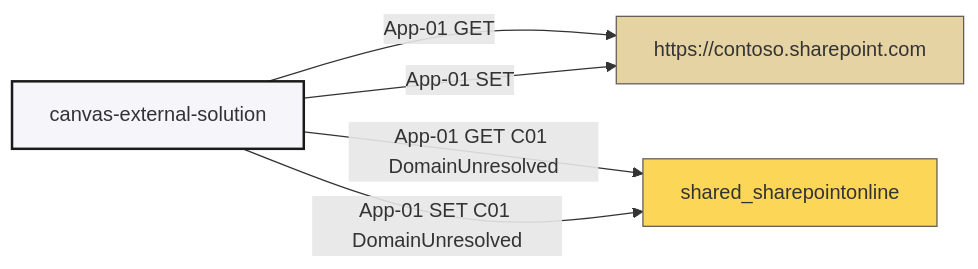
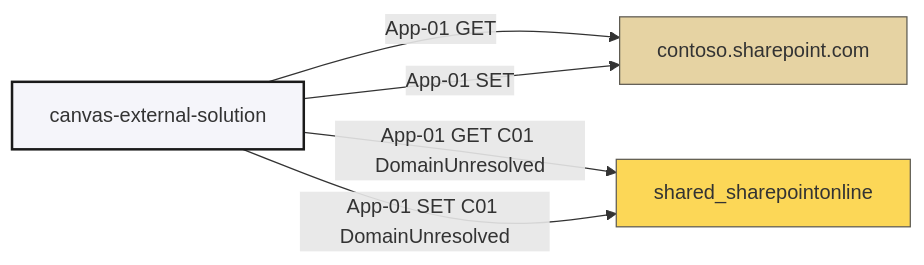
The diagram in tests/fixtures/expected/ExternalInteraction.CanvasExternal.expected.mermaid.md (autosysops/PowerShell_PowerPlatformChecker), drawn with Mermaid before and after one commit. The commit also changed 14 other files, not shown here.

Commit message:
make sure blocks in external dependacy diagram with links don't block devops renderere

```diff
--- a/tests/fixtures/expected/ExternalInteraction.CanvasExternal.expected.mermaid.md
+++ b/tests/fixtures/expected/ExternalInteraction.CanvasExternal.expected.mermaid.md
@@ -1,20 +1,20 @@
 :::mermaid
 graph LR;
 solution_canvas_external_solution["canvas-external-solution"]:::Solution
-externaldomain_https_contoso_sharepoint_com["https://contoso.sharepoint.com"]:::ExternalDomain
+externaldomain_https_contoso_sharepoint_com["contoso.sharepoint.com"]:::ExternalDomain
 shared_sharepointonline["shared_sharepointonline"]:::Connection
 solution_canvas_external_solution -->|App-01 GET| externaldomain_https_contoso_sharepoint_com
 solution_canvas_external_solution -->|App-01 SET| externaldomain_https_contoso_sharepoint_com
 solution_canvas_external_solution -->|App-01 GET C01 DomainUnresolved| shared_sharepointonline
 solution_canvas_external_solution -->|App-01 SET C01 DomainUnresolved| shared_sharepointonline
 classDef default fill:red,stroke:#5E5B52
 classDef Connection fill:#FCD757,stroke:#5E5B52
 classDef Entity fill:#B56784,stroke:#5E5B52
 classDef DefaultEntity fill:#71374D,stroke:#5E5B52
 classDef Flow fill:#DBE4EE,stroke:#5E5B52
 classDef CanvasApp fill:#8BC34A,stroke:#5E5B52
 classDef ModelDrivenApp fill:#7BAFD4,stroke:#5E5B52
 classDef WebResource fill:#D7C8F3,stroke:#5E5B52
 classDef ExternalDomain fill:#E6D3A3,stroke:#5E5B52
 classDef Solution fill:#f5f5fa,stroke:#1A1A1A,stroke-width:2px;
 :::
```
